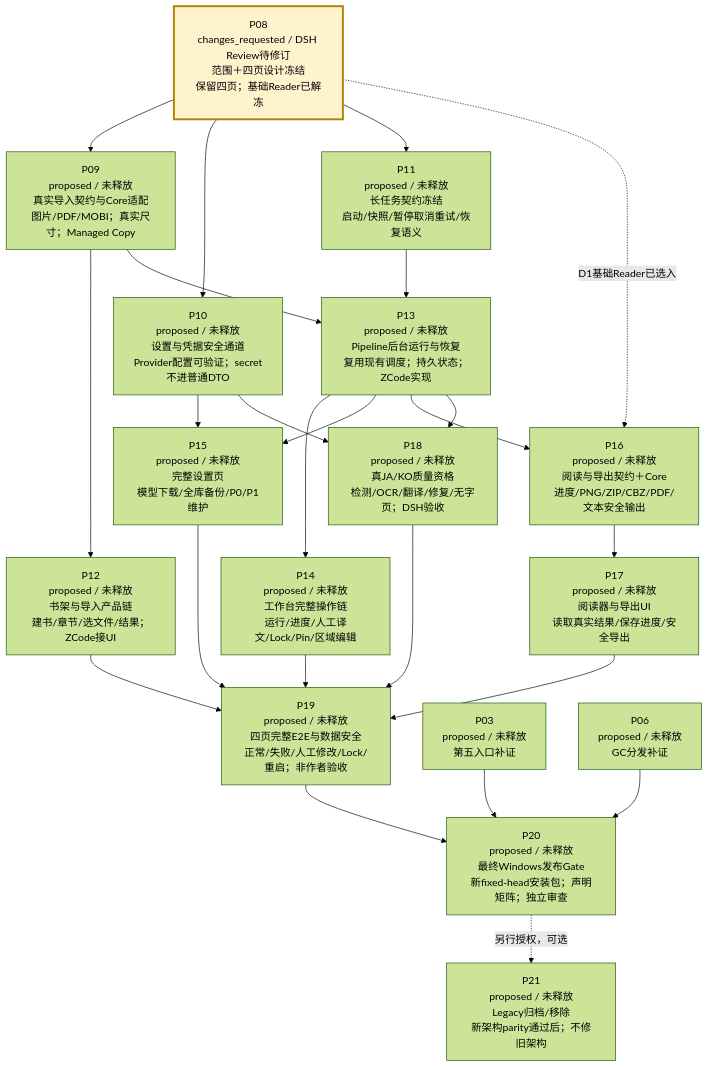
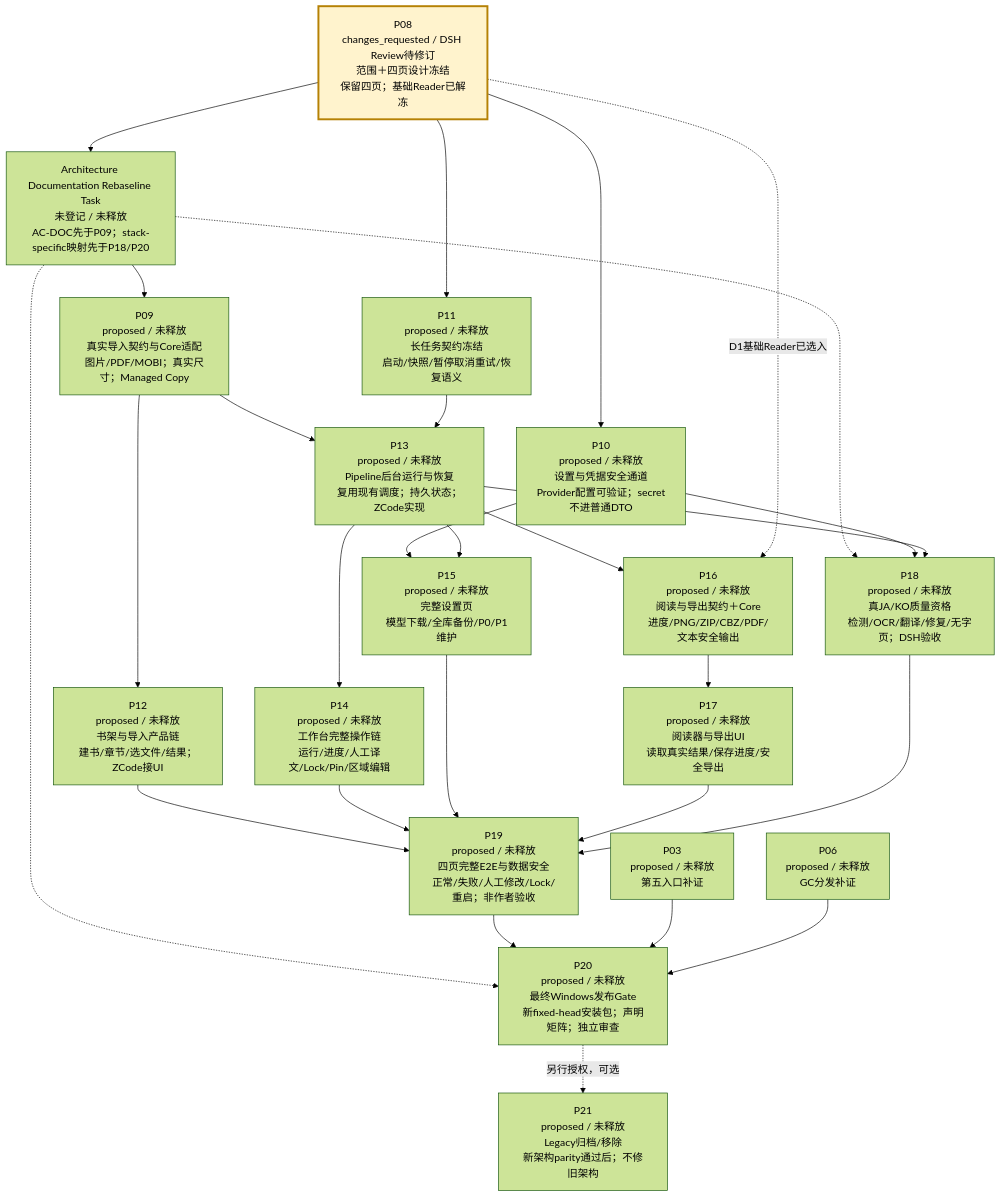
The third of 4 diagrams in verification/PROJECT-ROADMAP-20261008/ROADMAP.md (peakwheat-pixel/New-Manga), drawn with Mermaid (forest theme) before and after one commit. The commit also changed other lines of this file and 10 other files, not shown here.

````diff
--- a/verification/PROJECT-ROADMAP-20261008/ROADMAP.md
+++ b/verification/PROJECT-ROADMAP-20261008/ROADMAP.md
@@ -47,27 +47,30 @@
 ```mermaid
 flowchart TB
-  P08["P08<br/>changes_requested / DSH Review待修订<br/>范围＋四页设计冻结<br/>保留四页；基础Reader已解冻"] --> P09["P09<br/>proposed / 未释放<br/>真实导入契约与Core适配<br/>图片/PDF/MOBI；真实尺寸；Managed Copy"]
+  P08["P08<br/>changes_requested / DSH Review待修订<br/>范围＋四页设计冻结<br/>保留四页；基础Reader已解冻"] --> ARCHDOC["Architecture Documentation Rebaseline Task<br/>未登记 / 未释放<br/>AC-DOC先于P09；stack-specific映射先于P18/P20"]
+  ARCHDOC --> P09["P09<br/>proposed / 未释放<br/>真实导入契约与Core适配<br/>图片/PDF/MOBI；真实尺寸；Managed Copy"]
+  ARCHDOC -.-> P18
+  ARCHDOC -.-> P20
   P08 --> P10["P10<br/>proposed / 未释放<br/>设置与凭据安全通道<br/>Provider配置可验证；secret不进普通DTO"]
   P08 --> P11["P11<br/>proposed / 未释放<br/>长任务契约冻结<br/>启动/快照/暂停取消重试/恢复语义"]
   P09 --> P12["P12<br/>proposed / 未释放<br/>书架与导入产品链<br/>建书/章节/选文件/结果；ZCode接UI"]
   P09 --> P13["P13<br/>proposed / 未释放<br/>Pipeline后台运行与恢复<br/>复用现有调度；持久状态；ZCode实现"]
   P11 --> P13
   P13 --> P14["P14<br/>proposed / 未释放<br/>工作台完整操作链<br/>运行/进度/人工译文/Lock/Pin/区域编辑"]
   P10 --> P15["P15<br/>proposed / 未释放<br/>完整设置页<br/>模型下载/全库备份/P0/P1维护"]
   P13 --> P15
   P13 --> P16["P16<br/>proposed / 未释放<br/>阅读与导出契约＋Core<br/>进度/PNG/ZIP/CBZ/PDF/文本安全输出"]
   P08 -. "D1基础Reader已选入" .-> P16
   P16 --> P17["P17<br/>proposed / 未释放<br/>阅读器与导出UI<br/>读取真实结果/保存进度/安全导出"]
   P10 --> P18["P18<br/>proposed / 未释放<br/>真JA/KO质量资格<br/>检测/OCR/翻译/修复/无字页；DSH验收"]
   P13 --> P18
   P12 --> P19["P19<br/>proposed / 未释放<br/>四页完整E2E与数据安全<br/>正常/失败/人工修改/Lock/重启；非作者验收"]
   P14 --> P19
   P15 --> P19
   P17 --> P19
   P18 --> P19
   P19 --> P20["P20<br/>proposed / 未释放<br/>最终Windows发布Gate<br/>新fixed-head安装包；声明矩阵；独立审查"]
   P03["P03<br/>proposed / 未释放<br/>第五入口补证"] --> P20
   P06["P06<br/>proposed / 未释放<br/>GC分发补证"] --> P20
   P20 -. "另行授权，可选" .-> P21["P21<br/>proposed / 未释放<br/>Legacy归档/移除<br/>新架构parity通过后；不修旧架构"]
   style P08 fill:#fff3cd,stroke:#b58105,stroke-width:3px
 ```
````
